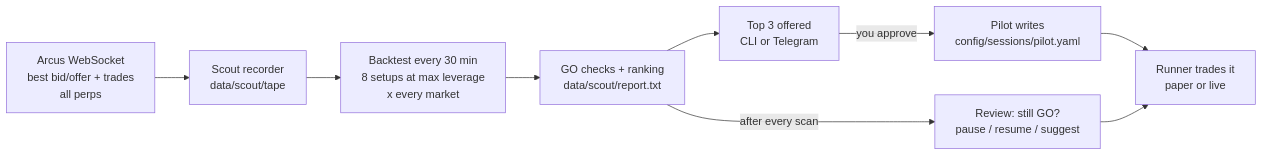
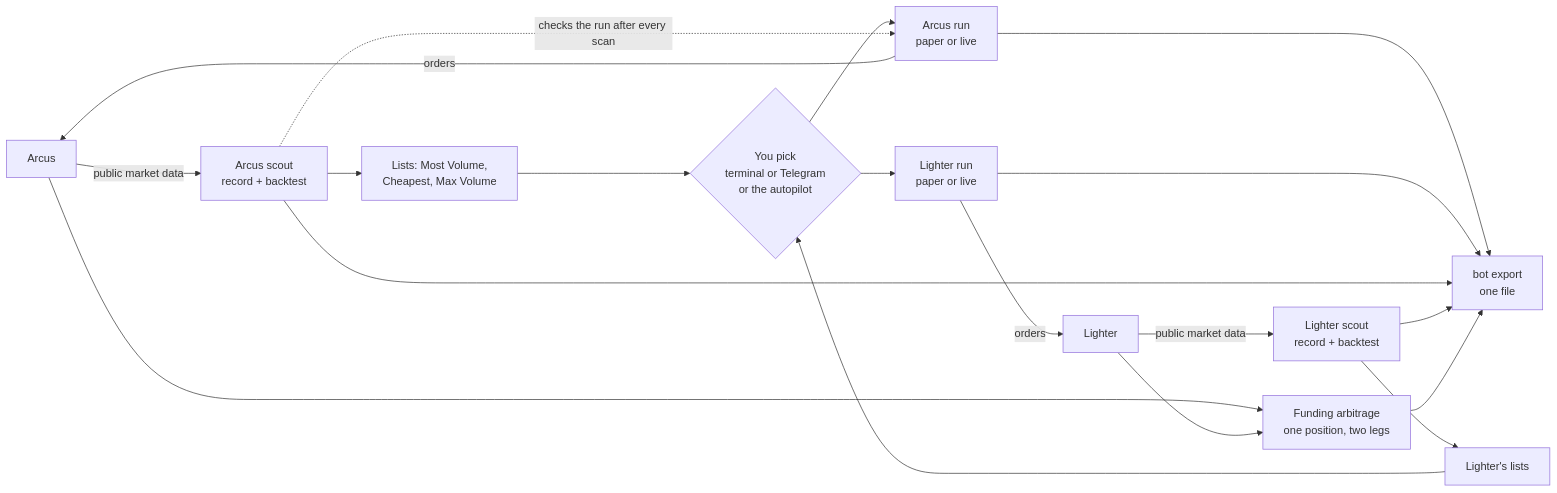
One commit to dhruvamity/treading-bot changed the diagram in README.md. Above: the diagram before and after it, drawn with Mermaid. The commit also changed other lines of this file and 12 other files, not shown here.

````diff
--- a/README.md
+++ b/README.md
@@ -85,11 +54,21 @@
 ```mermaid
 flowchart LR
-    A[Arcus WebSocket<br/>best bid/offer + trades<br/>all perps] --> B[Scout recorder<br/>data/scout/tape]
-    B --> C[Backtest every 30 min<br/>8 setups at max leverage<br/>x every market]
-    C --> D[GO checks + ranking<br/>data/scout/report.txt]
-    D --> E[Top 3 offered<br/>CLI or Telegram]
-    E -->|you approve| F[Pilot writes<br/>config/sessions/pilot.yaml]
-    F --> G[Runner trades it<br/>paper or live]
-    D -->|after every scan| H[Review: still GO?<br/>pause / resume / suggest]
-    H --> G
+    AV[Arcus] -->|public market data| AS[Arcus scout<br/>record + backtest]
+    LV[Lighter] -->|public market data| LS[Lighter scout<br/>record + backtest]
+    AS --> AL[Lists: Most Volume,<br/>Cheapest, Max Volume]
+    LS --> LL[Lighter's lists]
+    AL --> YOU{You pick<br/>terminal or Telegram<br/>or the autopilot}
+    LL --> YOU
+    YOU --> AR[Arcus run<br/>paper or live]
+    YOU --> LR2[Lighter run<br/>paper or live]
+    AR -->|orders| AV
+    LR2 -->|orders| LV
+    AS -. checks the run after every scan .-> AR
+    AV --> ARB[Funding arbitrage<br/>one position, two legs]
+    LV --> ARB
+    AR --> EX[bot export<br/>one file]
+    LR2 --> EX
+    AS --> EX
+    LS --> EX
+    ARB --> EX
 ```
````
